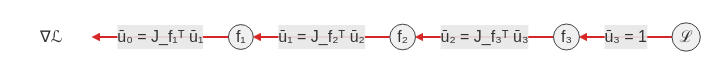
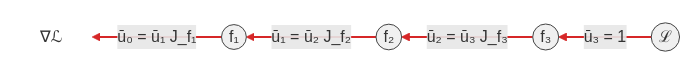
The fourth of 11 diagrams in ch7_neural_networks.md (pierrelux/mlbook), drawn with Mermaid before and after one commit. The commit also changed other lines of this file and 3 other files, not shown here.

````diff
--- a/ch7_neural_networks.md
+++ b/ch7_neural_networks.md
@@ -686,14 +686,14 @@
 ```{mermaid}
 graph RL
     L((ℒ)) -->|"ū₃ = 1"| f3((f₃))
-    f3 -->|"ū₂ = J_f₃ᵀ ū₃"| f2((f₂))
-    f2 -->|"ū₁ = J_f₂ᵀ ū₂"| f1((f₁))
-    f1 -->|"ū₀ = J_f₁ᵀ ū₁"| x0["∇ℒ"]
+    f3 -->|"ū₂ = ū₃ J_f₃"| f2((f₂))
+    f2 -->|"ū₁ = ū₂ J_f₂"| f1((f₁))
+    f1 -->|"ū₀ = ū₁ J_f₁"| x0["∇ℒ"]
 
     style x0 fill:none,stroke:none
     style f1 fill:#f0f0f0,stroke:#444
     style f2 fill:#f0f0f0,stroke:#444
     style f3 fill:#f0f0f0,stroke:#444
     style L fill:#f0f0f0,stroke:#444
     linkStyle 0,1,2,3 stroke:#d62728,stroke-width:2px
 ```
````
